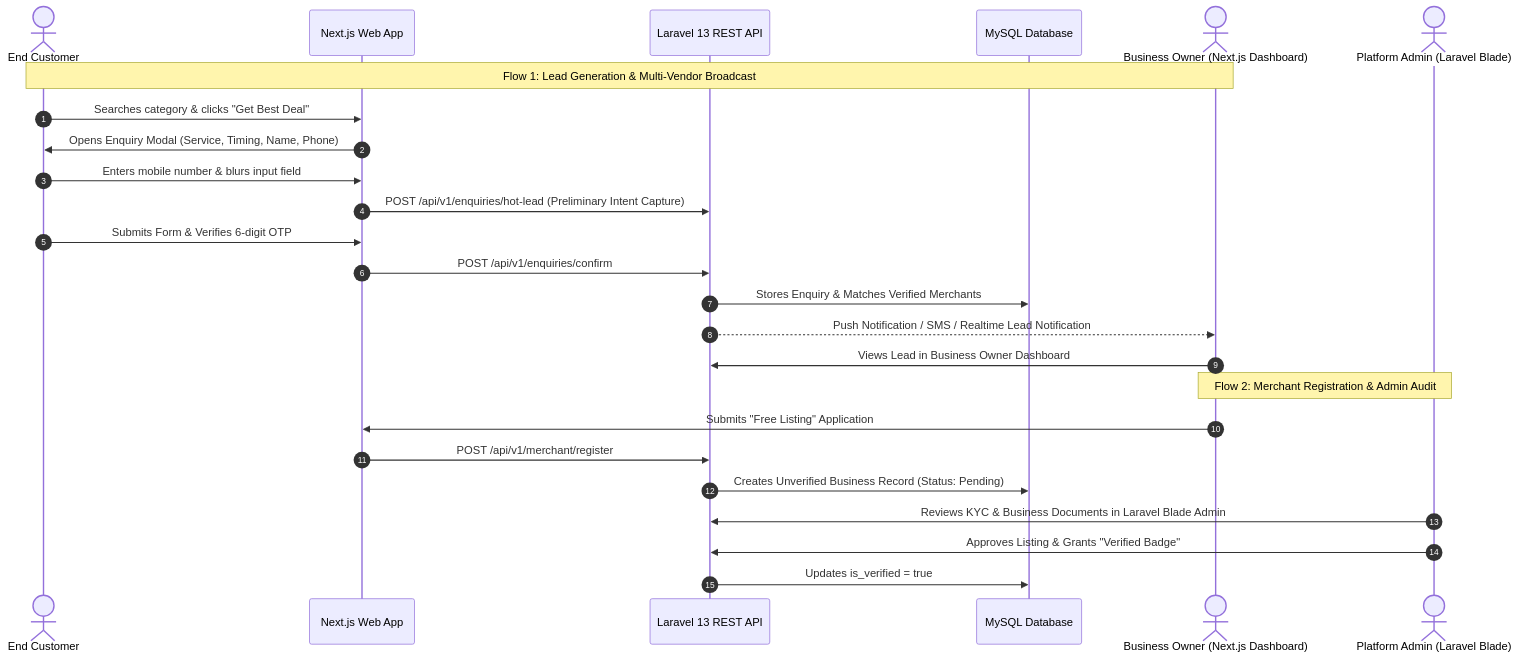
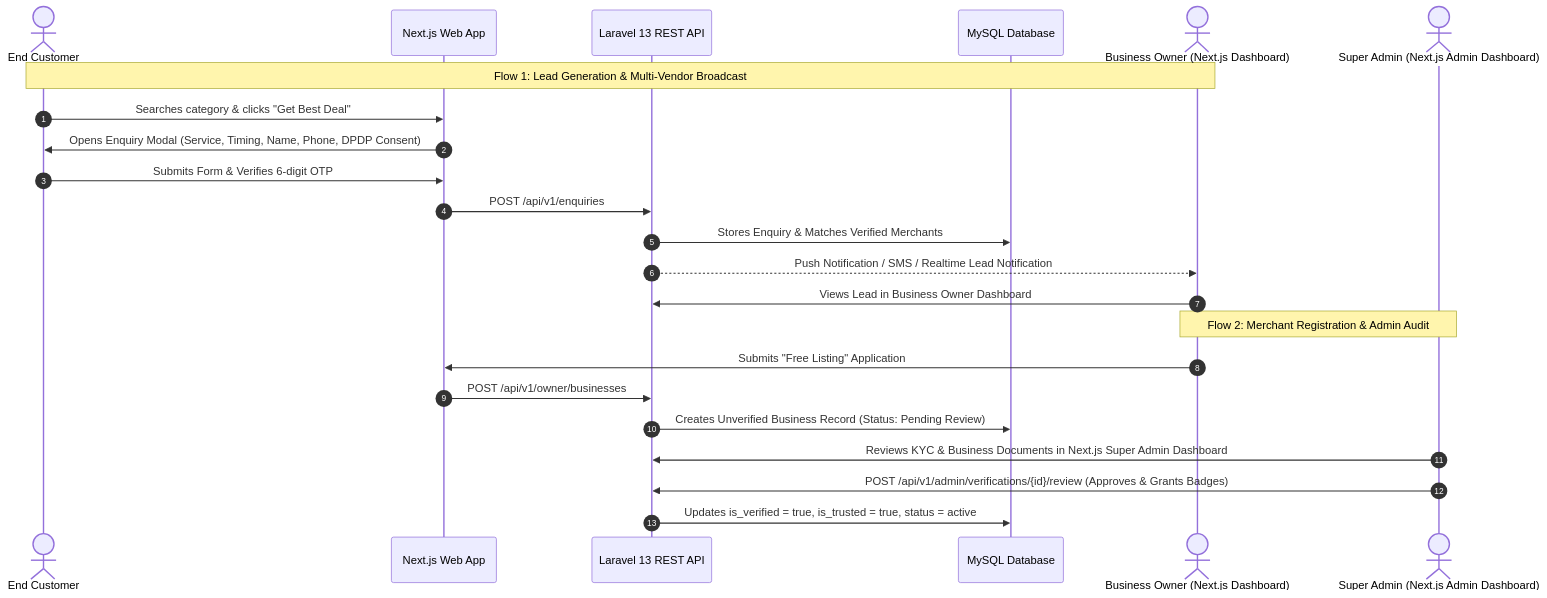
One commit to SanjayJai/neargrid changed the first of 2 diagrams in docs/04-user-workflows.md. Above: the diagram before and after it, drawn with Mermaid. The commit also changed other lines of this file and 31 other files, not shown here.

````diff
--- a/docs/04-user-workflows.md
+++ b/docs/04-user-workflows.md
@@ -11,29 +11,27 @@
 ```mermaid
 sequenceDiagram
     autonumber
     actor Customer as End Customer
     participant Web as Next.js Web App
     participant API as Laravel 13 REST API
     participant DB as MySQL Database
     actor Merchant as Business Owner (Next.js Dashboard)
-    actor Admin as Platform Admin (Laravel Blade)
+    actor Admin as Super Admin (Next.js Admin Dashboard)
 
     Note over Customer, Merchant: Flow 1: Lead Generation & Multi-Vendor Broadcast
     Customer->>Web: Searches category & clicks "Get Best Deal"
-    Web->>Customer: Opens Enquiry Modal (Service, Timing, Name, Phone)
-    Customer->>Web: Enters mobile number & blurs input field
-    Web->>API: POST /api/v1/enquiries/hot-lead (Preliminary Intent Capture)
+    Web->>Customer: Opens Enquiry Modal (Service, Timing, Name, Phone, DPDP Consent)
     Customer->>Web: Submits Form & Verifies 6-digit OTP
-    Web->>API: POST /api/v1/enquiries/confirm
+    Web->>API: POST /api/v1/enquiries
     API->>DB: Stores Enquiry & Matches Verified Merchants
     API-->>Merchant: Push Notification / SMS / Realtime Lead Notification
     Merchant->>API: Views Lead in Business Owner Dashboard
 
     Note over Merchant, Admin: Flow 2: Merchant Registration & Admin Audit
     Merchant->>Web: Submits "Free Listing" Application
-    Web->>API: POST /api/v1/merchant/register
-    API->>DB: Creates Unverified Business Record (Status: Pending)
-    Admin->>API: Reviews KYC & Business Documents in Laravel Blade Admin
-    Admin->>API: Approves Listing & Grants "Verified Badge"
-    API->>DB: Updates is_verified = true
+    Web->>API: POST /api/v1/owner/businesses
+    API->>DB: Creates Unverified Business Record (Status: Pending Review)
+    Admin->>API: Reviews KYC & Business Documents in Next.js Super Admin Dashboard
+    Admin->>API: POST /api/v1/admin/verifications/{id}/review (Approves & Grants Badges)
+    API->>DB: Updates is_verified = true, is_trusted = true, status = active
 ```
````
